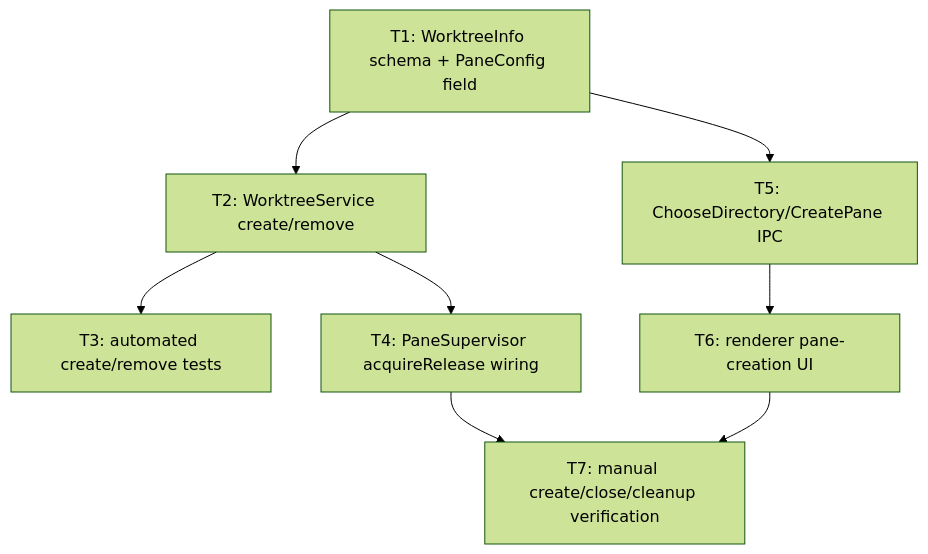
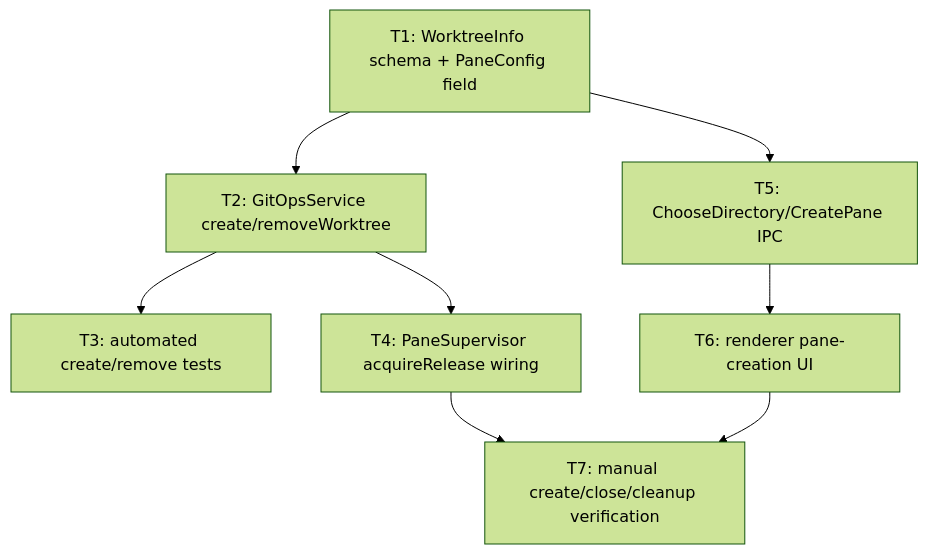
One commit to draekien/dia changed the diagram in .draekien/break-down-prd/dia-mvp/03-working-directory-and-worktrees.md. Above: the diagram before and after it, drawn with Mermaid (forest theme). The commit also changed other lines of this file and 26 other files, not shown here.

````diff
--- a/.draekien/break-down-prd/dia-mvp/03-working-directory-and-worktrees.md
+++ b/.draekien/break-down-prd/dia-mvp/03-working-directory-and-worktrees.md
@@ -24,17 +24,17 @@
 ```mermaid
 graph TD
   T1[T1: WorktreeInfo schema + PaneConfig field]
-  T2[T2: WorktreeService create/remove]
+  T2[T2: GitOpsService create/removeWorktree]
   T3[T3: automated create/remove tests]
   T4[T4: PaneSupervisor acquireRelease wiring]
   T5[T5: ChooseDirectory/CreatePane IPC]
   T6[T6: renderer pane-creation UI]
   T7[T7: manual create/close/cleanup verification]
   T1 --> T2
   T1 --> T5
   T2 --> T3
   T2 --> T4
   T5 --> T6
   T4 --> T7
   T6 --> T7
 ```
````
